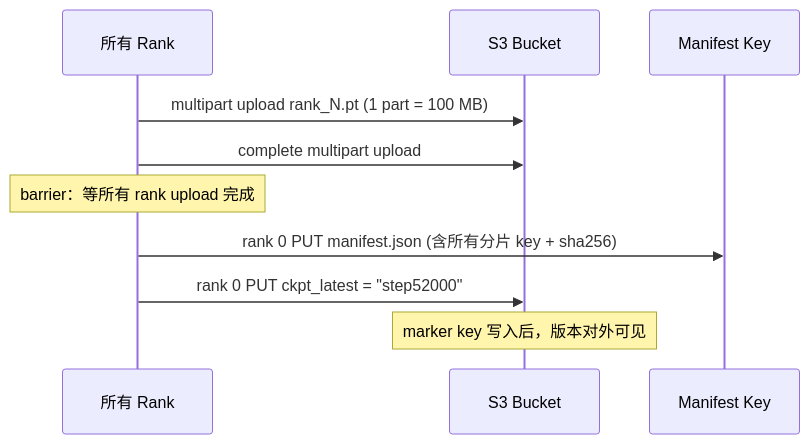
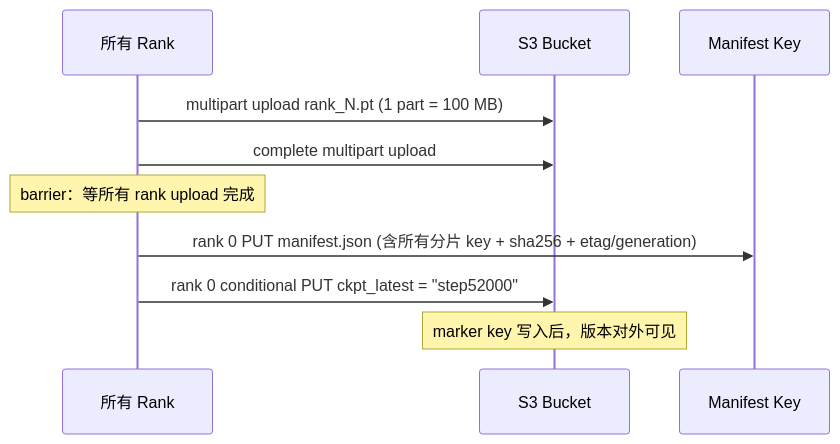
One commit to qxhy123/learn changed the sixth of 8 diagrams in ai-infra-tutorial/part4-data-and-storage/12b-checkpoint-engineering.md. Above: the diagram before and after it, drawn with Mermaid. The commit also changed other lines of this file and 51 other files, not shown here.

````diff
--- a/ai-infra-tutorial/part4-data-and-storage/12b-checkpoint-engineering.md
+++ b/ai-infra-tutorial/part4-data-and-storage/12b-checkpoint-engineering.md
@@ -455,13 +455,13 @@
 ```mermaid
 sequenceDiagram
     participant R as 所有 Rank
     participant S as S3 Bucket
     participant M as Manifest Key
 
     R->>S: multipart upload rank_N.pt (1 part = 100 MB)
     R->>S: complete multipart upload
     Note over R: barrier：等所有 rank upload 完成
-    R->>M: rank 0 PUT manifest.json (含所有分片 key + sha256)
-    R->>S: rank 0 PUT ckpt_latest = "step52000"
+    R->>M: rank 0 PUT manifest.json (含所有分片 key + sha256 + etag/generation)
+    R->>S: rank 0 conditional PUT ckpt_latest = "step52000"
     Note over S: marker key 写入后，版本对外可见
 ```
````
